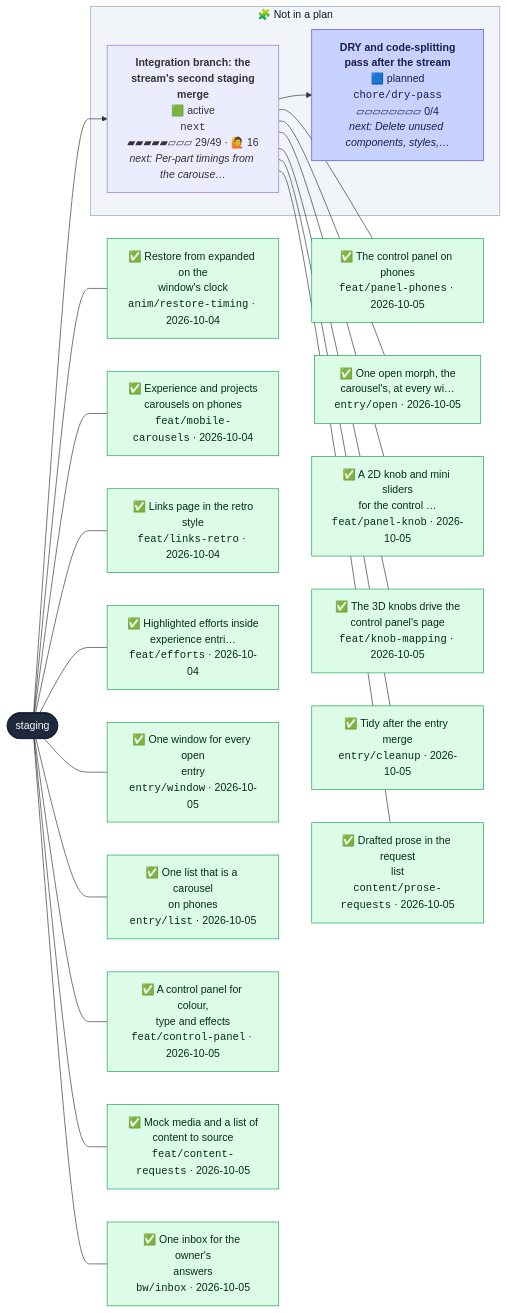
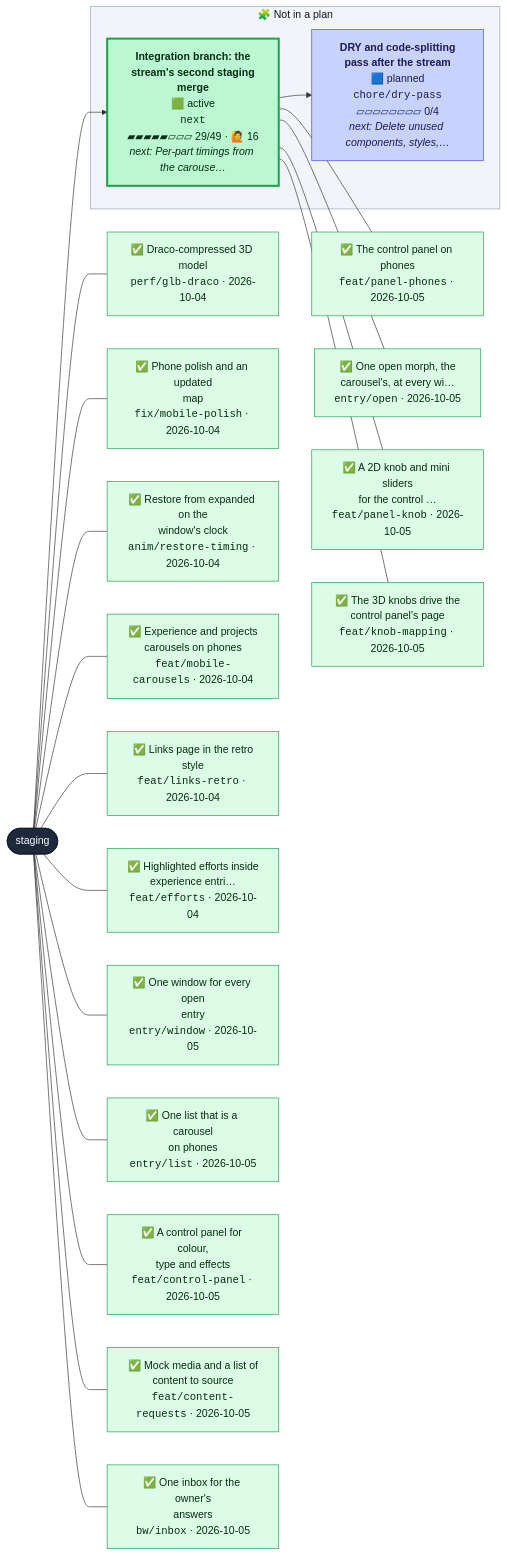
Before and after one commit to henryjonescodes/portfolio: the second of 2 diagrams in CONTRIBUTING.md, drawn with Mermaid. The commit also changed other lines of this file, not shown here.

````diff
--- a/CONTRIBUTING.md
+++ b/CONTRIBUTING.md
@@ -54,68 +54,68 @@
 ```mermaid
 flowchart LR
   n_staging([staging])
   class n_staging trunk
   subgraph loose["🧩 Not in a plan"]
     n_chore_dry_pass["<b>DRY and code-splitting<br/>pass after the stream</b><br/>🟦 planned<br/><code>chore/dry-pass</code><br/>▱▱▱▱▱▱▱▱ 0/4<br/><i>next: Delete unused components, styles,…</i>"]
     class n_chore_dry_pass planned
     n_next["<b>Integration branch: the<br/>stream's second staging<br/>merge</b><br/>🟩 active<br/><code>next</code><br/>▰▰▰▰▰▱▱▱ 29/49 · 🙋 16<br/><i>next: Per-part timings from the carouse…</i>"]
-    class n_next active,current
+    class n_next active
   end
   style loose fill:#f1f5f9,stroke:#94a3b8,color:#0f172a
   n_next --> n_chore_dry_pass
   n_staging --> n_next
-  landed_0["✅ Restore from expanded on the<br/>window's clock<br/><code>anim/restore-timing</code> · 2026-10-04"]
+  landed_0["✅ Draco-compressed 3D model<br/><code>perf/glb-draco</code> · 2026-10-04"]
   class landed_0 merged
   n_staging --- landed_0
-  landed_1["✅ Experience and projects<br/>carousels on phones<br/><code>feat/mobile-carousels</code> · 2026-10-04"]
+  landed_1["✅ Phone polish and an updated<br/>map<br/><code>fix/mobile-polish</code> · 2026-10-04"]
   class landed_1 merged
   n_staging --- landed_1
-  landed_2["✅ Links page in the retro<br/>style<br/><code>feat/links-retro</code> · 2026-10-04"]
+  landed_2["✅ Restore from expanded on the<br/>window's clock<br/><code>anim/restore-timing</code> · 2026-10-04"]
   class landed_2 merged
   n_staging --- landed_2
-  landed_3["✅ Highlighted efforts inside<br/>experience entri…<br/><code>feat/efforts</code> · 2026-10-04"]
+  landed_3["✅ Experience and projects<br/>carousels on phones<br/><code>feat/mobile-carousels</code> · 2026-10-04"]
   class landed_3 merged
   n_staging --- landed_3
-  landed_4["✅ One window for every open<br/>entry<br/><code>entry/window</code> · 2026-10-05"]
+  landed_4["✅ Links page in the retro<br/>style<br/><code>feat/links-retro</code> · 2026-10-04"]
   class landed_4 merged
   n_staging --- landed_4
-  landed_5["✅ One list that is a carousel<br/>on phones<br/><code>entry/list</code> · 2026-10-05"]
+  landed_5["✅ Highlighted efforts inside<br/>experience entri…<br/><code>feat/efforts</code> · 2026-10-04"]
   class landed_5 merged
   n_staging --- landed_5
-  landed_6["✅ A control panel for colour,<br/>type and effects<br/><code>feat/control-panel</code> · 2026-10-05"]
+  landed_6["✅ One window for every open<br/>entry<br/><code>entry/window</code> · 2026-10-05"]
   class landed_6 merged
   n_staging --- landed_6
-  landed_7["✅ Mock media and a list of<br/>content to source<br/><code>feat/content-requests</code> · 2026-10-05"]
+  landed_7["✅ One list that is a carousel<br/>on phones<br/><code>entry/list</code> · 2026-10-05"]
   class landed_7 merged
   n_staging --- landed_7
-  landed_8["✅ One inbox for the owner's<br/>answers<br/><code>bw/inbox</code> · 2026-10-05"]
+  landed_8["✅ A control panel for colour,<br/>type and effects<br/><code>feat/control-panel</code> · 2026-10-05"]
   class landed_8 merged
   n_staging --- landed_8
-  landed_9["✅ The control panel on phones<br/><code>feat/panel-phones</code> · 2026-10-05"]
+  landed_9["✅ Mock media and a list of<br/>content to source<br/><code>feat/content-requests</code> · 2026-10-05"]
   class landed_9 merged
-  n_next --- landed_9
-  landed_10["✅ One open morph, the<br/>carousel's, at every wi…<br/><code>entry/open</code> · 2026-10-05"]
+  n_staging --- landed_9
+  landed_10["✅ One inbox for the owner's<br/>answers<br/><code>bw/inbox</code> · 2026-10-05"]
   class landed_10 merged
-  n_next --- landed_10
-  landed_11["✅ A 2D knob and mini sliders<br/>for the control …<br/><code>feat/panel-knob</code> · 2026-10-05"]
+  n_staging --- landed_10
+  landed_11["✅ The control panel on phones<br/><code>feat/panel-phones</code> · 2026-10-05"]
   class landed_11 merged
   n_next --- landed_11
-  landed_12["✅ The 3D knobs drive the<br/>control panel's page<br/><code>feat/knob-mapping</code> · 2026-10-05"]
+  landed_12["✅ One open morph, the<br/>carousel's, at every wi…<br/><code>entry/open</code> · 2026-10-05"]
   class landed_12 merged
   n_next --- landed_12
-  landed_13["✅ Tidy after the entry merge<br/><code>entry/cleanup</code> · 2026-10-05"]
+  landed_13["✅ A 2D knob and mini sliders<br/>for the control …<br/><code>feat/panel-knob</code> · 2026-10-05"]
   class landed_13 merged
   n_next --- landed_13
-  landed_14["✅ Drafted prose in the request<br/>list<br/><code>content/prose-requests</code> · 2026-10-05"]
+  landed_14["✅ The 3D knobs drive the<br/>control panel's page<br/><code>feat/knob-mapping</code> · 2026-10-05"]
   class landed_14 merged
   n_next --- landed_14
   classDef merged fill:#dcfce7,stroke:#16a34a,color:#052e16
   classDef todo fill:#ffffff,stroke:#94a3b8,stroke-dasharray:2 2,color:#334155
   classDef planned fill:#c7d2fe,stroke:#4f46e5,color:#1e1b4b
   classDef sketched fill:#f8fafc,stroke:#64748b,stroke-dasharray:4 3,color:#334155
   classDef active fill:#bbf7d0,stroke:#16a34a,stroke-width:3px,color:#052e16
   classDef review fill:#fde68a,stroke:#d97706,stroke-width:3px,color:#451a03
   classDef blocked fill:#fecaca,stroke:#dc2626,stroke-width:3px,color:#450a0a
   classDef trunk fill:#1e293b,stroke:#0f172a,color:#f8fafc
   classDef current stroke:#0ea5e9,stroke-width:5px
 ```
````
